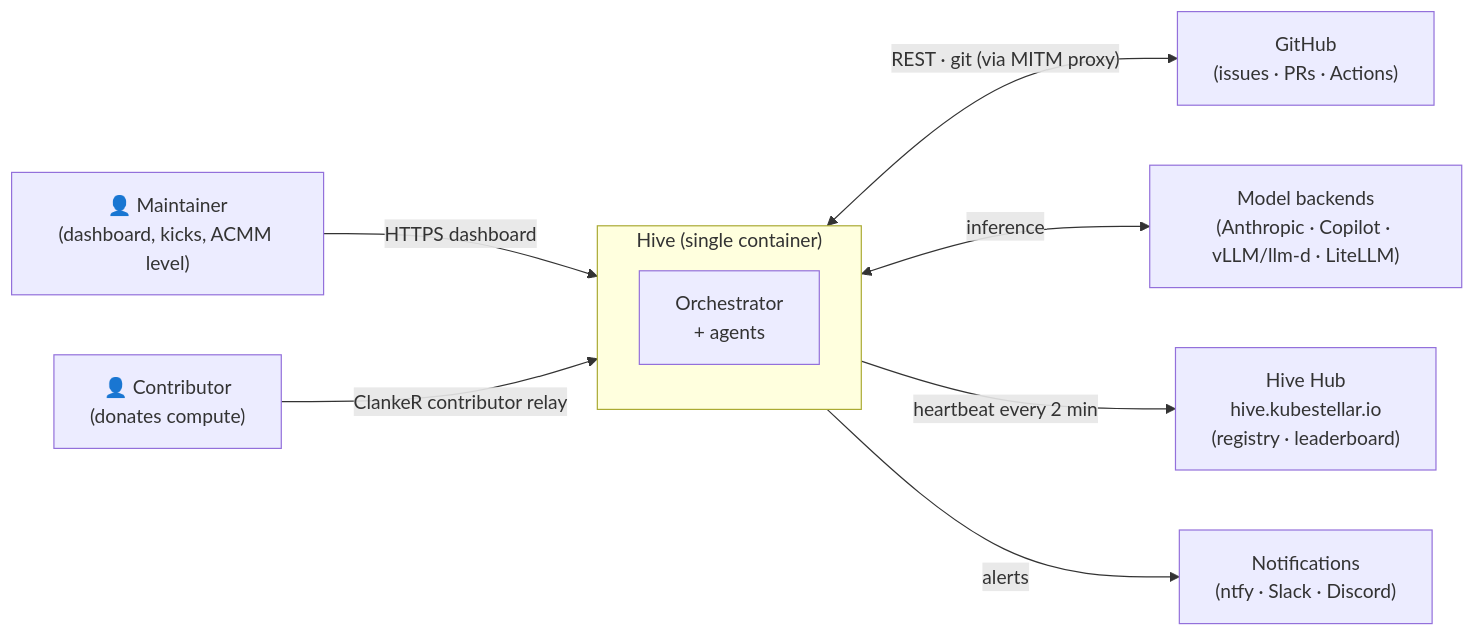
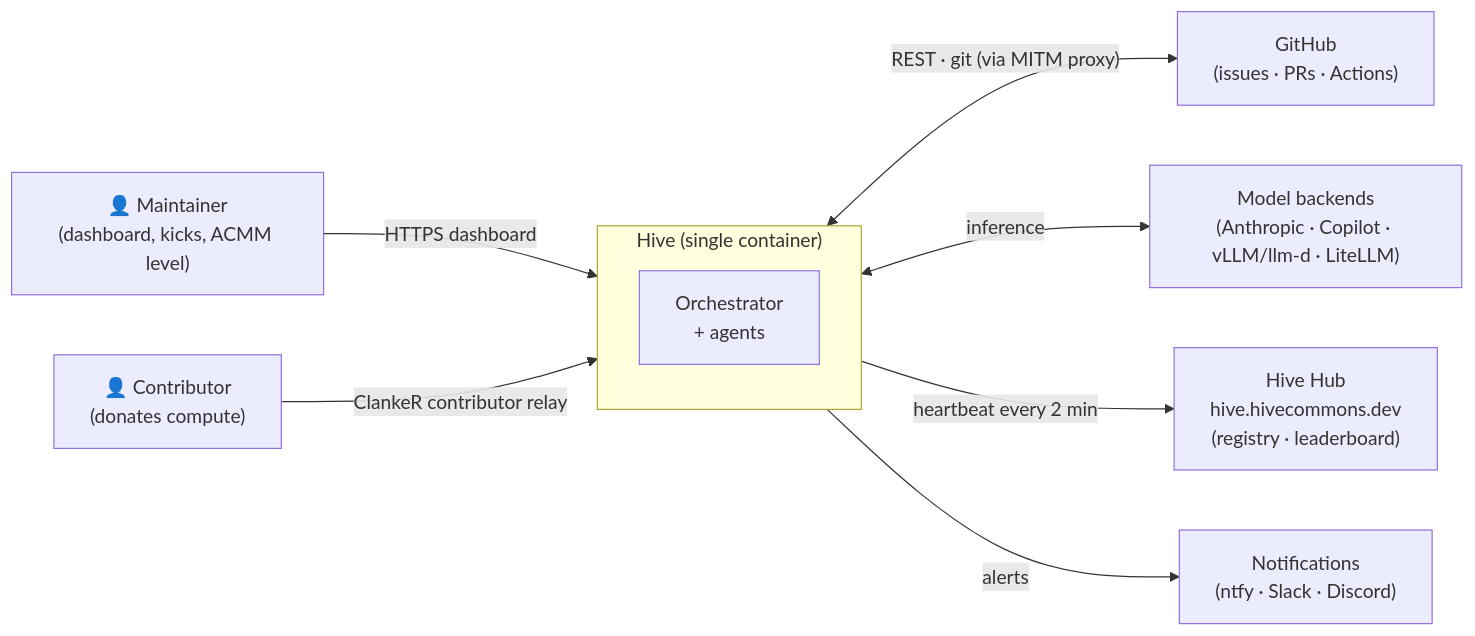
Before and after one commit to Danathar/hive: the first of 10 diagrams in src/docs/architecture.md, drawn with Mermaid. The commit also changed other lines of this file and 21 other files, not shown here.

````diff
--- a/src/docs/architecture.md
+++ b/src/docs/architecture.md
@@ -29,21 +29,21 @@
 ```mermaid
 flowchart LR
     maintainer["👤 Maintainer<br/>(dashboard, kicks, ACMM level)"]
     contributor["👤 Contributor<br/>(donates compute)"]
 
     subgraph hive["Hive (single container)"]
         core["Orchestrator<br/>+ agents"]
     end
 
     github["GitHub<br/>(issues · PRs · Actions)"]
     models["Model backends<br/>(Anthropic · Copilot · vLLM/llm-d · LiteLLM)"]
-    hub["Hive Hub<br/>hive.kubestellar.io<br/>(registry · leaderboard)"]
+    hub["Hive Hub<br/>hive.hivecommons.dev<br/>(registry · leaderboard)"]
     notify["Notifications<br/>(ntfy · Slack · Discord)"]
 
     maintainer -->|HTTPS dashboard| hive
     contributor -->|ClankeR contributor relay| hive
     hive <-->|"REST · git (via MITM proxy)"| github
     hive <-->|inference| models
     hive -->|"heartbeat every 2 min"| hub
     hive -->|alerts| notify
 ```
````
